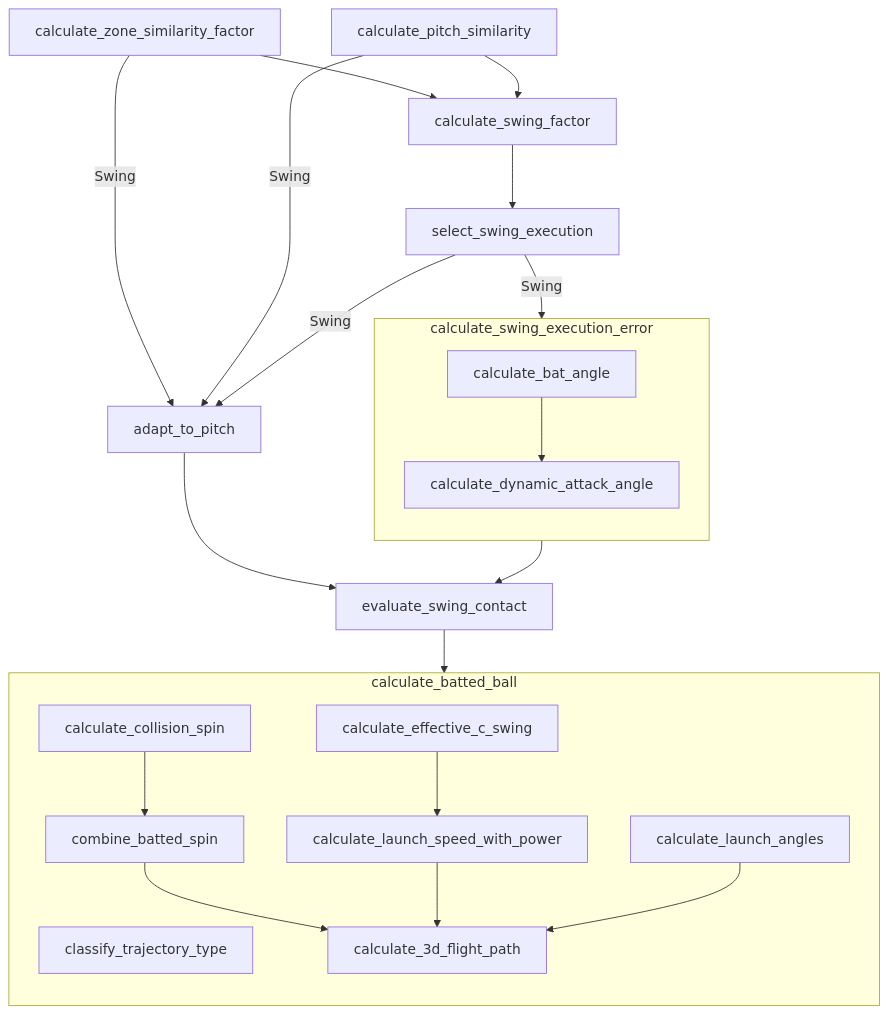
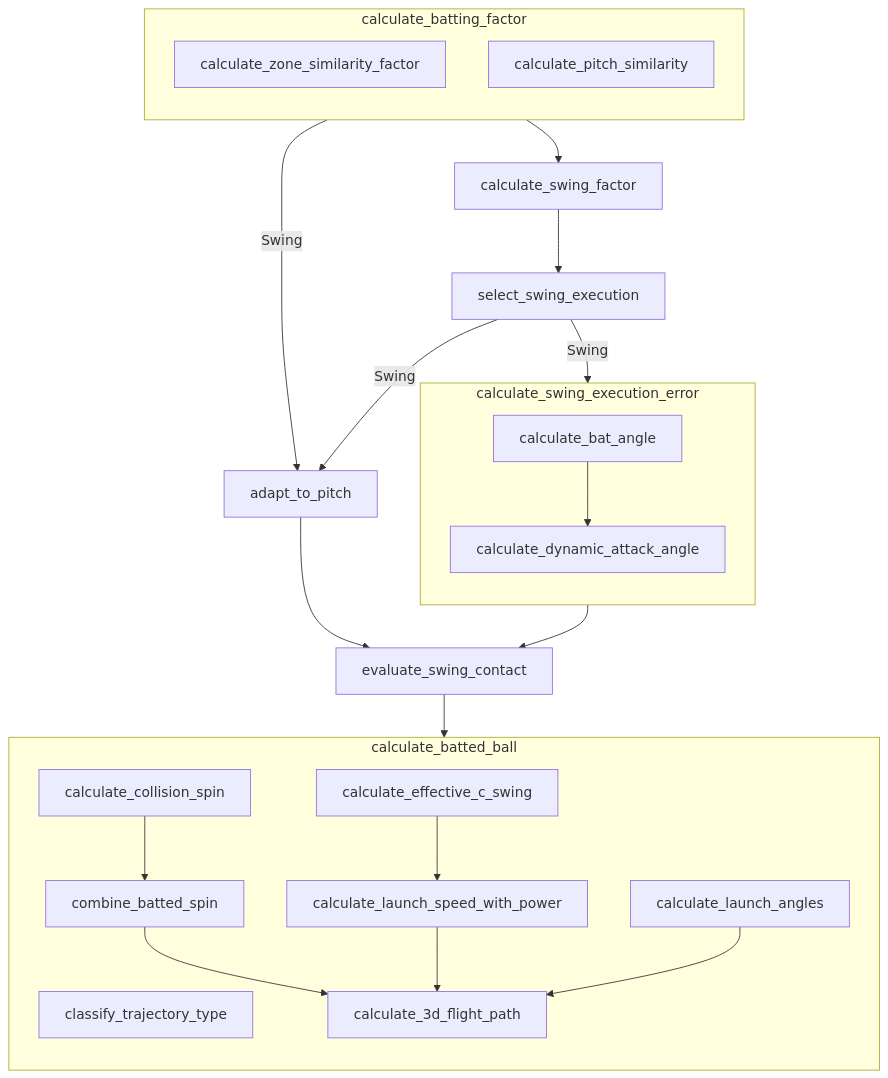
Before and after one commit to torafugu/saberbb: the diagram in docs/mmd/batting_diagram.mmd, drawn with Mermaid. The commit also changed 4 other files, not shown here.

Commit message:
calculate_batting_factor was added.

```diff
--- a/docs/mmd/batting_diagram.mmd
+++ b/docs/mmd/batting_diagram.mmd
@@ -1,22 +1,27 @@
 flowchart TD
-    calculate_zone_similarity_factor --> calculate_swing_factor
-    calculate_zone_similarity_factor --> |Swing|adapt_to_pitch
-    calculate_pitch_similarity --> calculate_swing_factor
-    calculate_pitch_similarity --> |Swing|adapt_to_pitch
+    
+    subgraph calculate_batting_factor
+        direction TB
+        calculate_zone_similarity_factor
+        calculate_pitch_similarity
+    end
+    
+    calculate_batting_factor --> |Swing|adapt_to_pitch
+    calculate_batting_factor --> calculate_swing_factor
     calculate_swing_factor --> select_swing_execution
     select_swing_execution --> |Swing|adapt_to_pitch --> evaluate_swing_contact
     select_swing_execution --> |Swing|calculate_swing_execution_error --> evaluate_swing_contact
     evaluate_swing_contact --> calculate_batted_ball
 
     subgraph calculate_swing_execution_error
         direction TB
         calculate_bat_angle --> calculate_dynamic_attack_angle
     end
 
     subgraph calculate_batted_ball
         direction TB
         classify_trajectory_type
         calculate_collision_spin --> combine_batted_spin --> calculate_3d_flight_path
         calculate_effective_c_swing --> calculate_launch_speed_with_power --> calculate_3d_flight_path
         calculate_launch_angles --> calculate_3d_flight_path
     end
```
